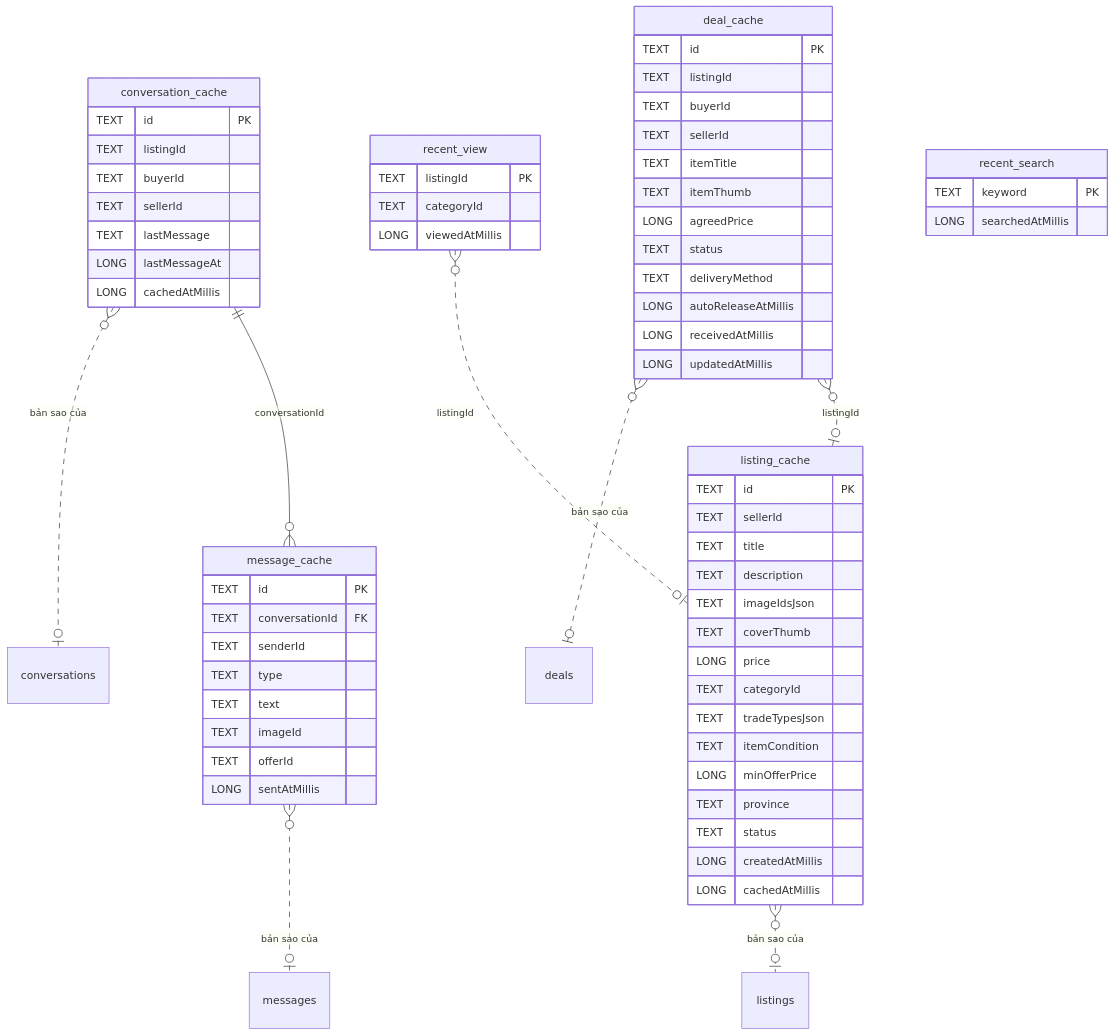
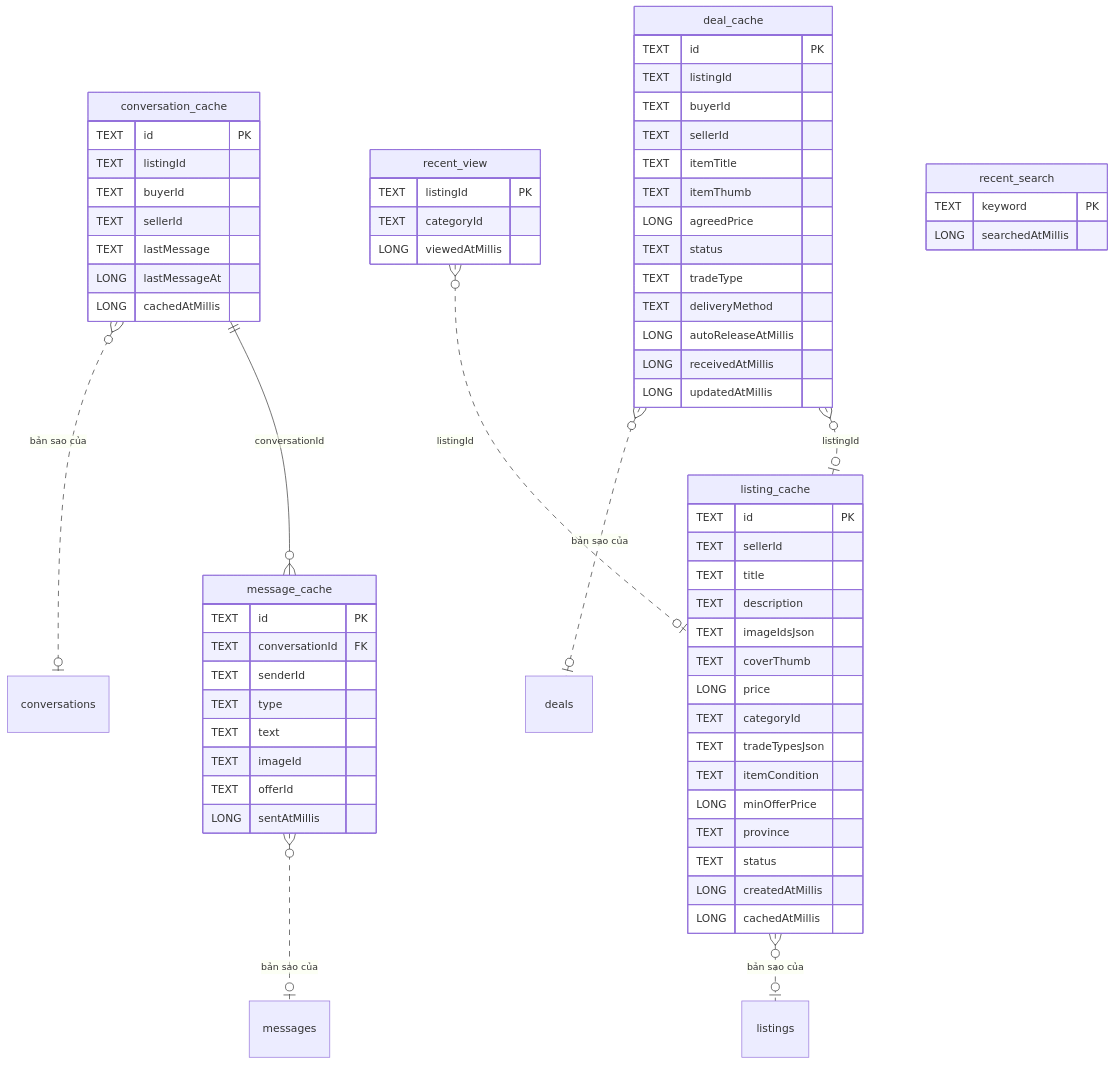
The diagram in workflow/docs/data/room-schema.md (tahpnart8/NHOM3-MobileApp), drawn with Mermaid before and after one commit. The commit also changed other lines of this file and 87 other files, not shown here.

````diff
--- a/workflow/docs/data/room-schema.md
+++ b/workflow/docs/data/room-schema.md
@@ -42,69 +42,70 @@
 ```mermaid
 erDiagram
     conversation_cache ||--o{ message_cache : "conversationId"
     recent_view }o..o| listing_cache : "listingId"
     deal_cache }o..o| listing_cache : "listingId"
     conversation_cache }o..o| conversations : "bản sao của"
     message_cache }o..o| messages : "bản sao của"
     listing_cache }o..o| listings : "bản sao của"
     deal_cache }o..o| deals : "bản sao của"
     listing_cache {
         TEXT id PK
         TEXT sellerId
         TEXT title
         TEXT description
         TEXT imageIdsJson
         TEXT coverThumb
         LONG price
         TEXT categoryId
         TEXT tradeTypesJson
         TEXT itemCondition
         LONG minOfferPrice
         TEXT province
         TEXT status
         LONG createdAtMillis
         LONG cachedAtMillis
     }
     conversation_cache {
         TEXT id PK
         TEXT listingId
         TEXT buyerId
         TEXT sellerId
         TEXT lastMessage
         LONG lastMessageAt
         LONG cachedAtMillis
     }
     message_cache {
         TEXT id PK
         TEXT conversationId FK
         TEXT senderId
         TEXT type
         TEXT text
         TEXT imageId
         TEXT offerId
         LONG sentAtMillis
     }
     deal_cache {
         TEXT id PK
         TEXT listingId
         TEXT buyerId
         TEXT sellerId
         TEXT itemTitle
         TEXT itemThumb
         LONG agreedPrice
         TEXT status
+        TEXT tradeType
         TEXT deliveryMethod
         LONG autoReleaseAtMillis
         LONG receivedAtMillis
         LONG updatedAtMillis
     }
     recent_view {
         TEXT listingId PK
         TEXT categoryId
         LONG viewedAtMillis
     }
     recent_search {
         TEXT keyword PK
         LONG searchedAtMillis
     }
 ```
````
